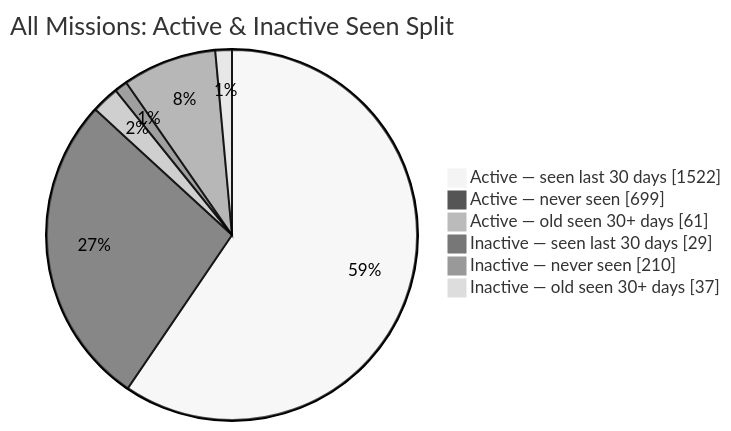
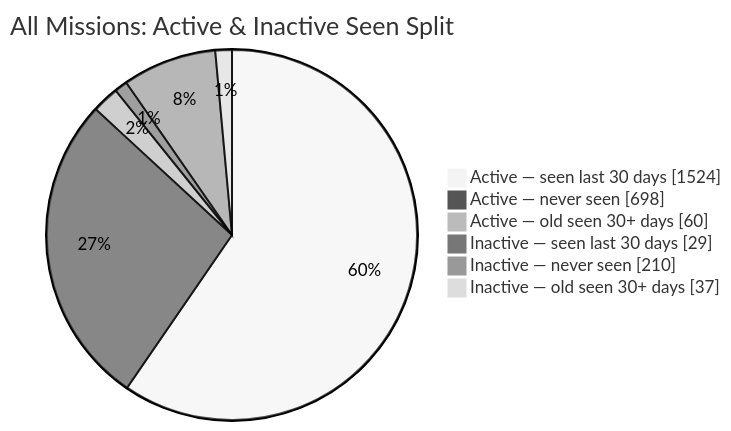
The second of 2 diagrams in README.md (MeldkamerspelGameTeam/active-missions), drawn with Mermaid (neutral theme) before and after one commit. The commit also changed other lines of this file and 8 other files, not shown here.

````diff
--- a/README.md
+++ b/README.md
@@ -44,10 +44,10 @@
 ```mermaid
 pie showData
     title All Missions: Active & Inactive Seen Split
-    "Active — seen last 30 days" : 1522
-    "Active — never seen" : 699
-    "Active — old seen 30+ days" : 61
+    "Active — seen last 30 days" : 1524
+    "Active — never seen" : 698
+    "Active — old seen 30+ days" : 60
     "Inactive — seen last 30 days" : 29
     "Inactive — never seen" : 210
     "Inactive — old seen 30+ days" : 37
 ```
````
